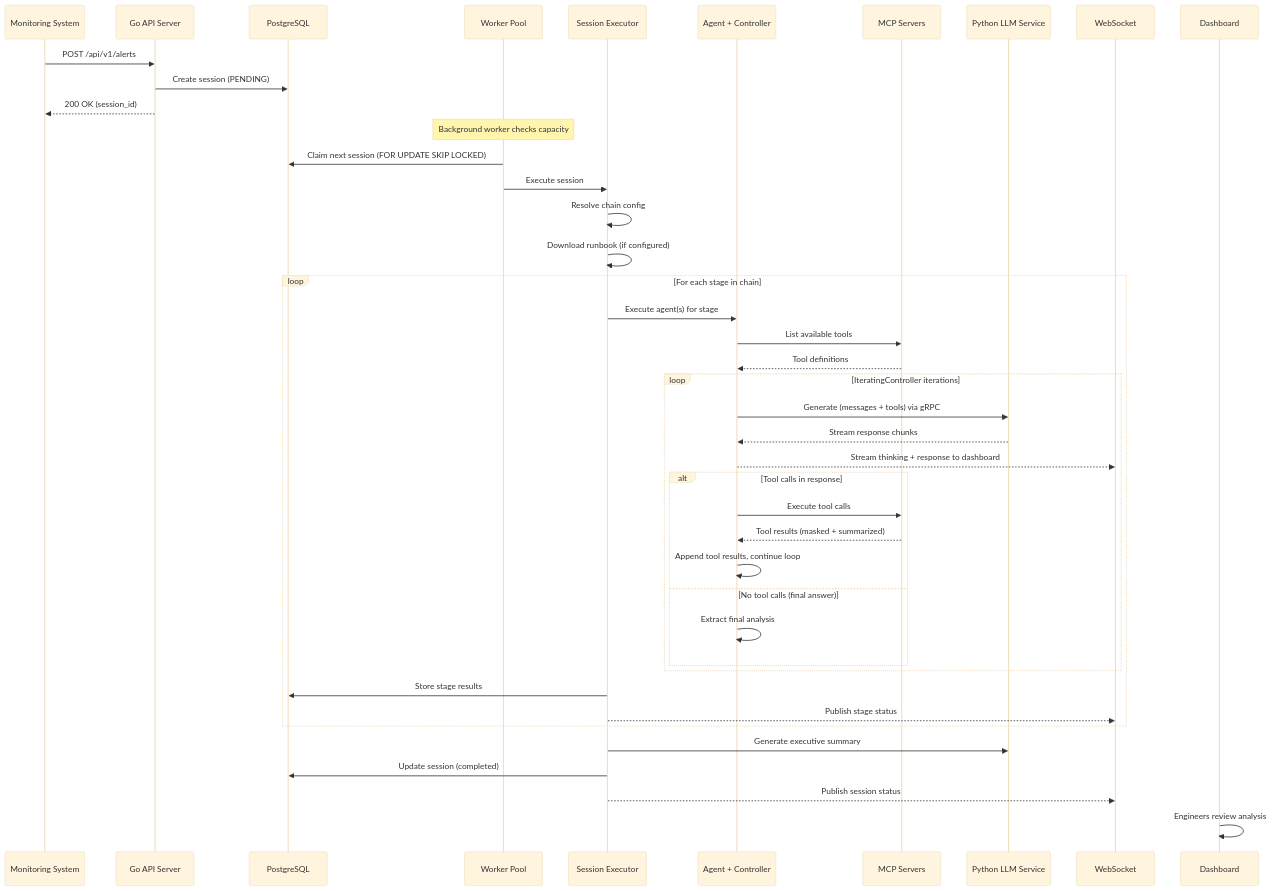
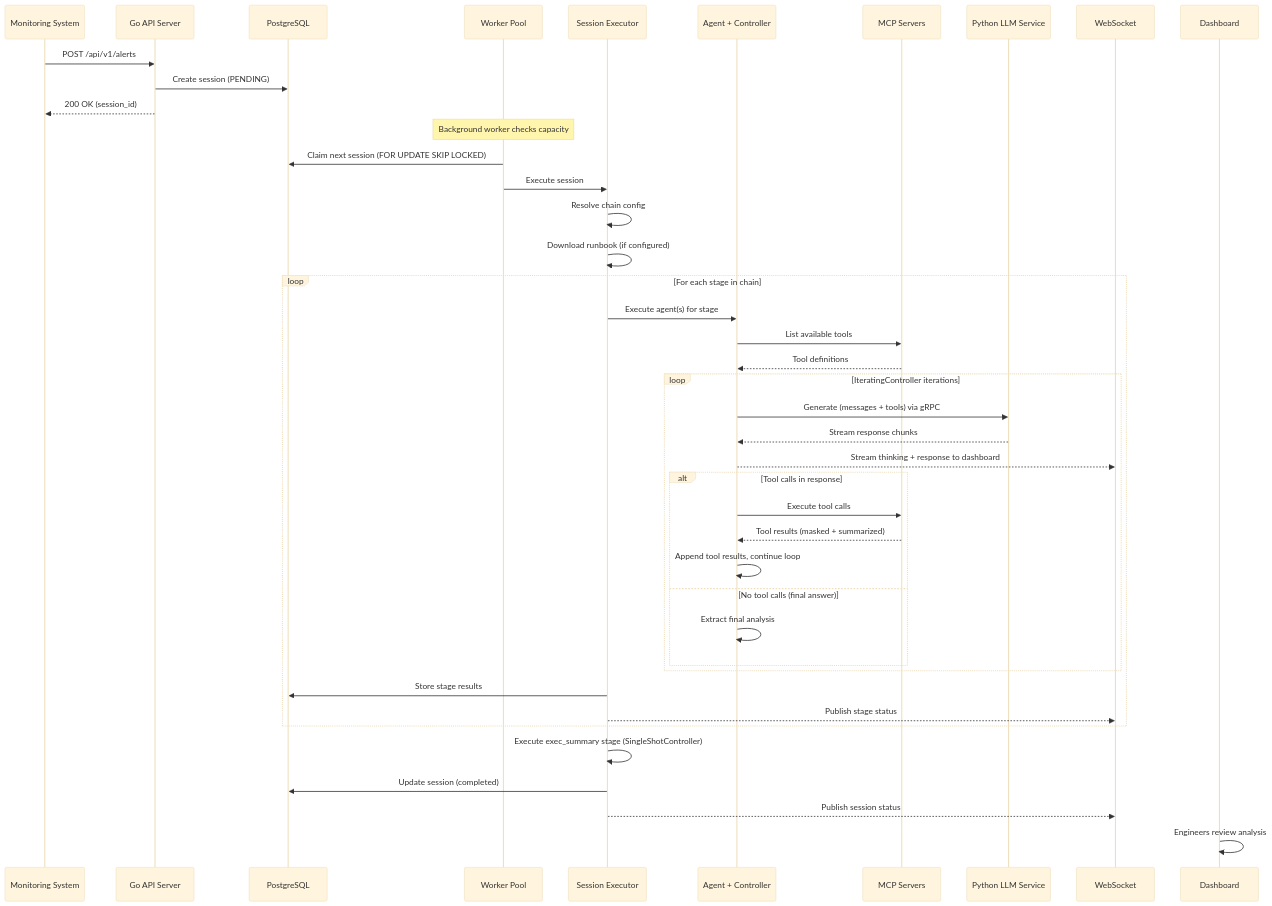
The third of 6 diagrams in docs/architecture-overview.md (codeready-toolchain/tarsy), drawn with Mermaid (base theme) before and after one commit. The commit also changed other lines of this file and 78 other files, not shown here.

Commit message:
Move Exec Summary to its own stage (#145)

````diff
--- a/docs/architecture-overview.md
+++ b/docs/architecture-overview.md
@@ -200,51 +200,51 @@
 ```mermaid
 sequenceDiagram
     participant M as Monitoring System
     participant API as Go API Server
     participant DB as PostgreSQL
     participant W as Worker Pool
     participant E as Session Executor
     participant A as Agent + Controller
     participant MCP as MCP Servers
     participant LLM as Python LLM Service
     participant WS as WebSocket
     participant D as Dashboard
 
     M->>API: POST /api/v1/alerts
     API->>DB: Create session (PENDING)
     API-->>M: 200 OK (session_id)
 
     Note over W: Background worker checks capacity
     W->>DB: Claim next session (FOR UPDATE SKIP LOCKED)
     W->>E: Execute session
     E->>E: Resolve chain config
     E->>E: Download runbook (if configured)
 
     loop For each stage in chain
         E->>A: Execute agent(s) for stage
         A->>MCP: List available tools
         MCP-->>A: Tool definitions
 
         loop IteratingController iterations
             A->>LLM: Generate (messages + tools) via gRPC
             LLM-->>A: Stream response chunks
             A-->>WS: Stream thinking + response to dashboard
 
             alt Tool calls in response
                 A->>MCP: Execute tool calls
                 MCP-->>A: Tool results (masked + summarized)
                 A->>A: Append tool results, continue loop
             else No tool calls (final answer)
                 A->>A: Extract final analysis
             end
         end
 
         E->>DB: Store stage results
         E-->>WS: Publish stage status
     end
 
-    E->>LLM: Generate executive summary
+    E->>E: Execute exec_summary stage (SingleShotController)
     E->>DB: Update session (completed)
     E-->>WS: Publish session status
     D->>D: Engineers review analysis
 ```
````
